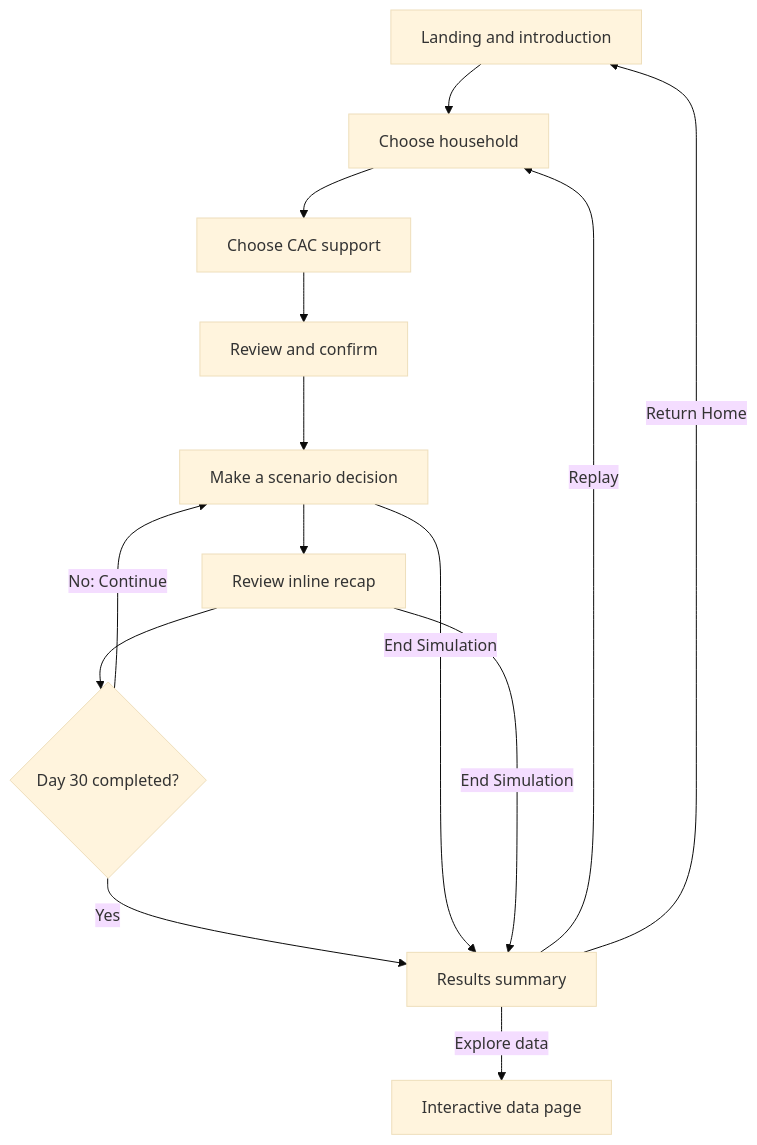
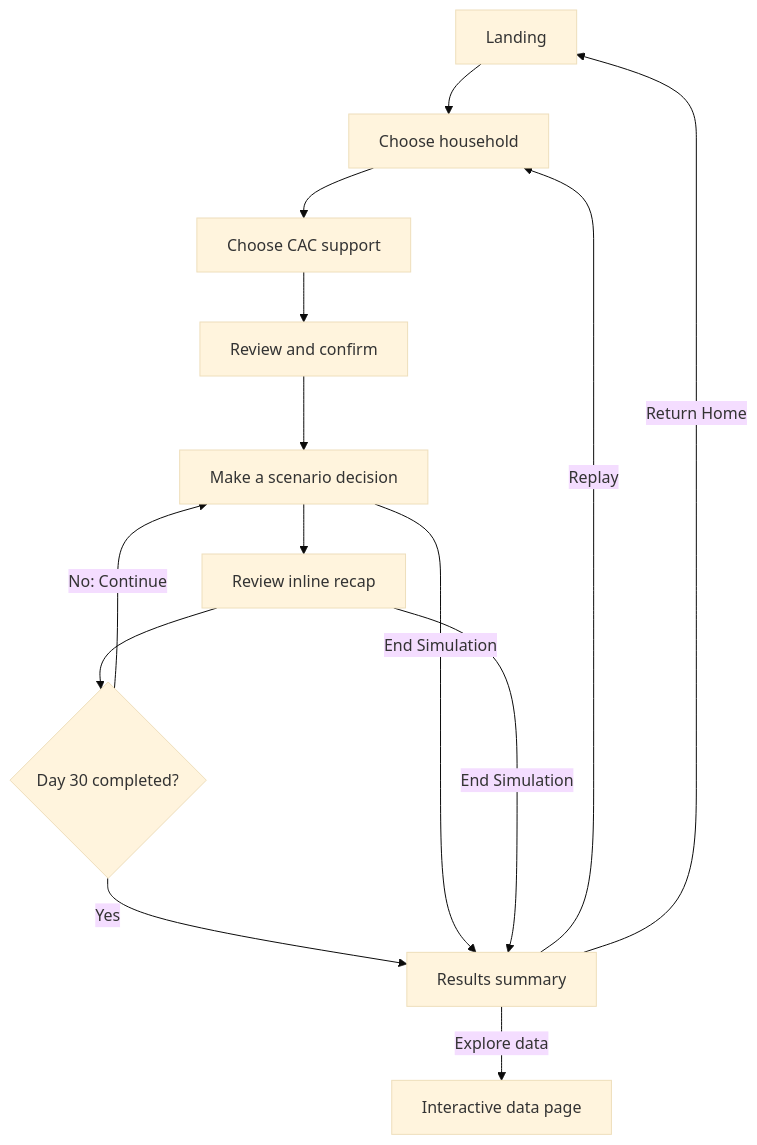
The first of 2 diagrams in design/user-flows.md (mariannglasier/team6310), drawn with Mermaid (base theme) before and after one commit. The commit also changed other lines of this file and 127 other files, not shown here.

````diff
--- a/design/user-flows.md
+++ b/design/user-flows.md
@@ -18,16 +18,16 @@
 ```mermaid
 flowchart TD
-    L["Landing and introduction"] --> H["Choose household"]
+    L["Landing"] --> H["Choose household"]
     H --> C["Choose CAC support"]
     C --> R["Review and confirm"]
     R --> D["Make a scenario decision"]
     D --> A["Review inline recap"]
     A --> N{"Day 30 completed?"}
     N -->|No: Continue| D
     N -->|Yes| E["Results summary"]
     D -->|End Simulation| E
     A -->|End Simulation| E
     E -->|Replay| H
     E -->|Explore data| V["Interactive data page"]
     E -->|Return Home| L
 ```
````
